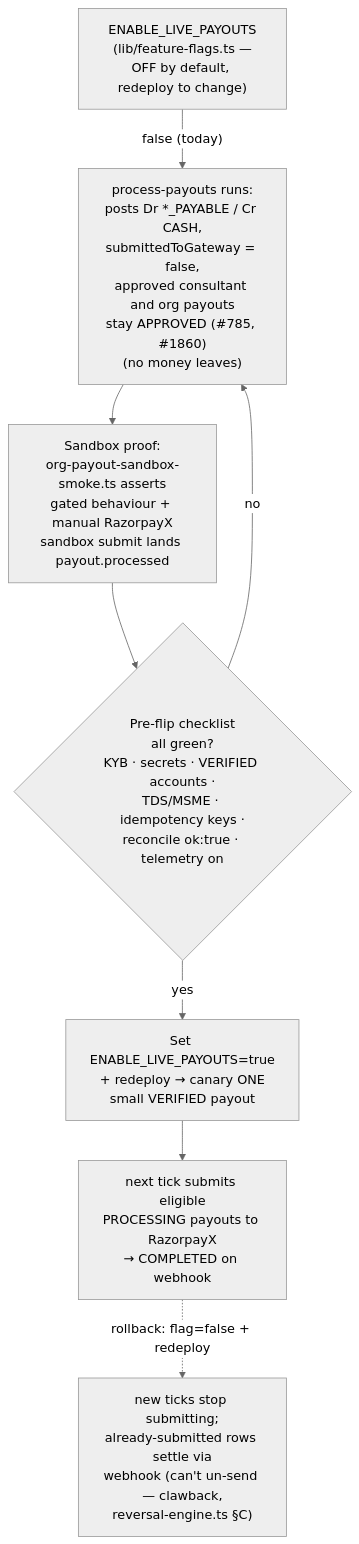
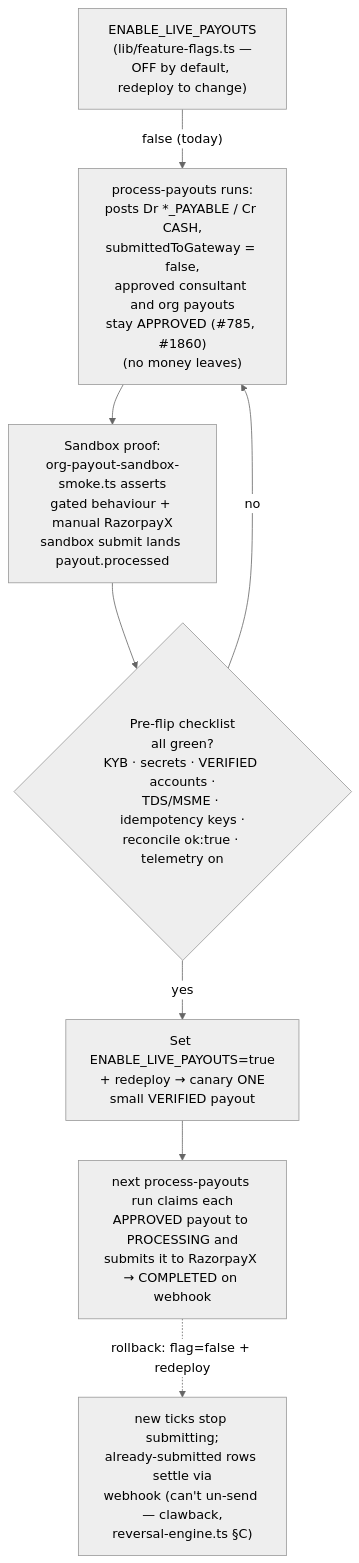
Before and after one commit to Practitionist/familiarise_web: the diagram in docs/enterprise/50-operations/06-live-payout-go-live-runbook.md, drawn with Mermaid (neutral theme). The commit also changed other lines of this file and 15 other files, not shown here.

````diff
--- a/docs/enterprise/50-operations/06-live-payout-go-live-runbook.md
+++ b/docs/enterprise/50-operations/06-live-payout-go-live-runbook.md
@@ -28,11 +28,11 @@
 ```mermaid
 flowchart TD
   START["ENABLE_LIVE_PAYOUTS<br/>(lib/feature-flags.ts —<br/>OFF by default, redeploy to change)"]
   START -->|"false (today)"| FREEZE["process-payouts runs:<br/>posts Dr *_PAYABLE / Cr CASH,<br/>submittedToGateway = false,<br/>approved consultant and org payouts<br/>stay APPROVED (#785, #1860)<br/>(no money leaves)"]
   FREEZE --> PROVE["Sandbox proof:<br/>org-payout-sandbox-smoke.ts asserts<br/>gated behaviour + manual RazorpayX<br/>sandbox submit lands payout.processed"]
   PROVE --> CHECK{"Pre-flip checklist<br/>all green?<br/>KYB · secrets · VERIFIED accounts ·<br/>TDS/MSME · idempotency keys ·<br/>reconcile ok:true · telemetry on"}
   CHECK -->|"no"| FREEZE
   CHECK -->|"yes"| FLIP["Set ENABLE_LIVE_PAYOUTS=true<br/>+ redeploy → canary ONE<br/>small VERIFIED payout"]
-  FLIP --> LIVE["next tick submits eligible<br/>PROCESSING payouts to RazorpayX<br/>→ COMPLETED on webhook"]
+  FLIP --> LIVE["next process-payouts run claims each<br/>APPROVED payout to PROCESSING and<br/>submits it to RazorpayX → COMPLETED on webhook"]
   LIVE -.->|"rollback: flag=false + redeploy"| STOP["new ticks stop submitting;<br/>already-submitted rows settle via<br/>webhook (can't un-send — clawback,<br/>reversal-engine.ts §C)"]
 ```
````
